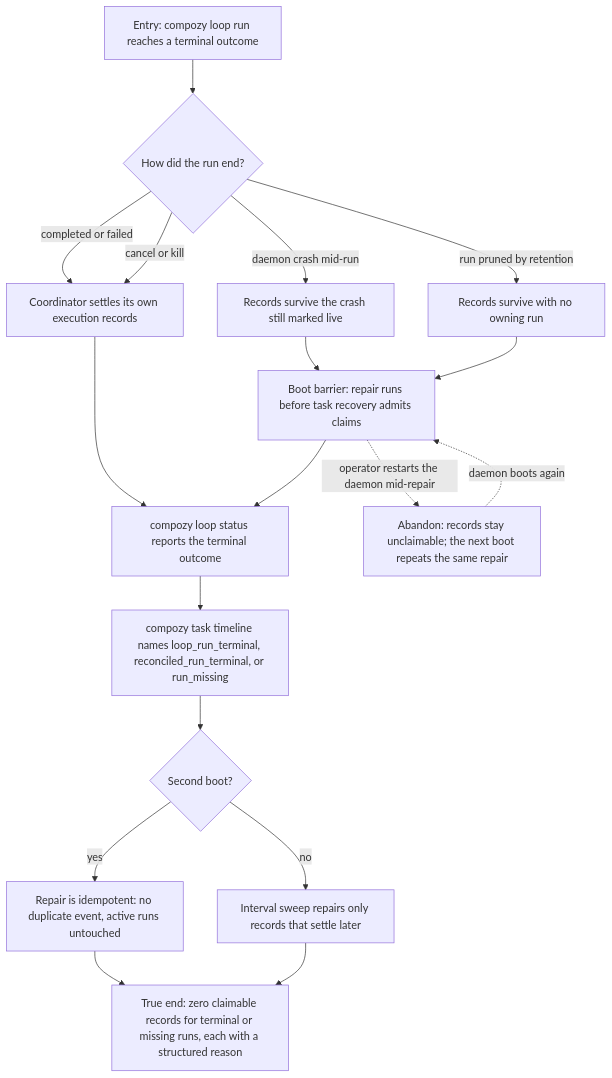
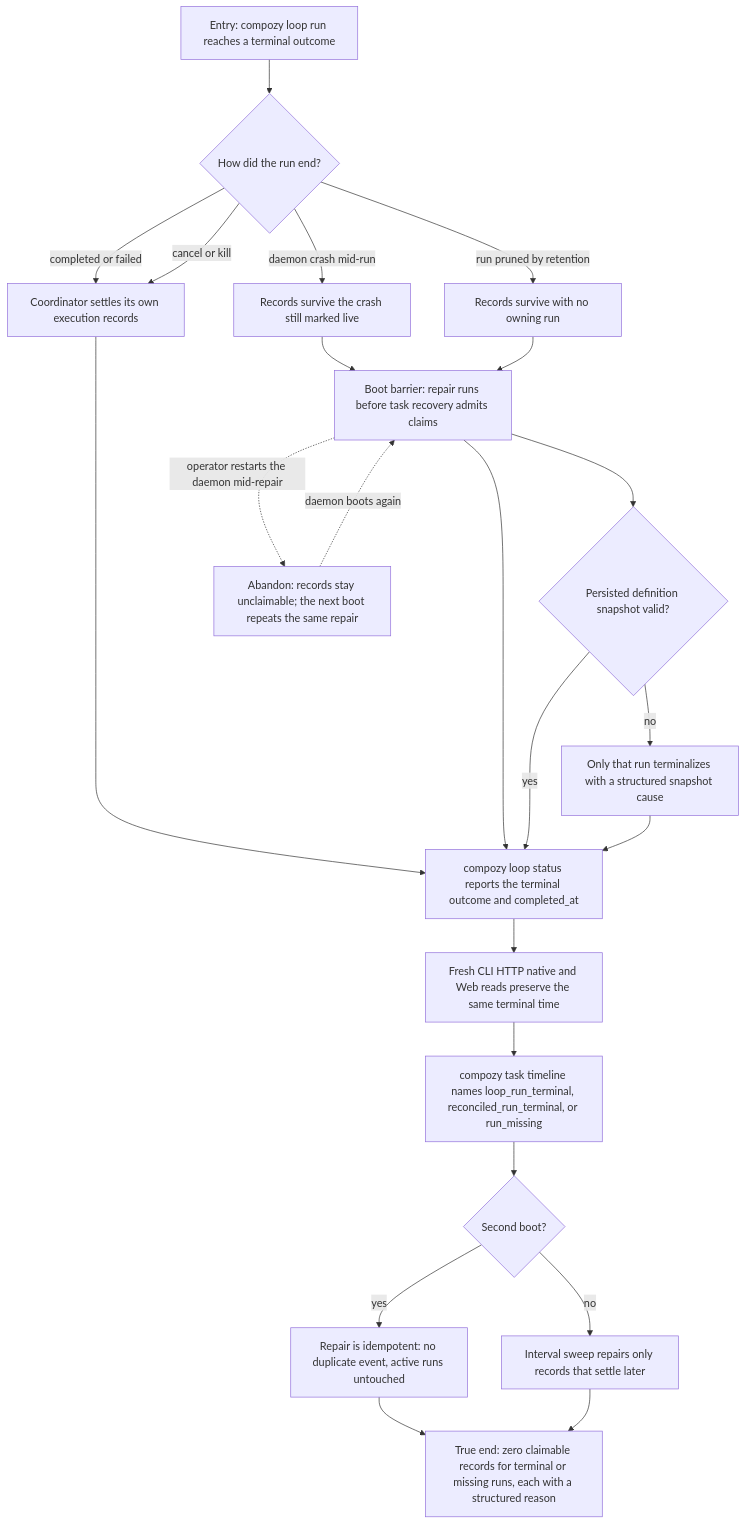
One commit to compozy/compozy changed the diagram in docs/qa/journeys/J-loop-terminal-recovery.md. Above: the diagram before and after it, drawn with Mermaid. The commit also changed other lines of this file and 113 other files, not shown here.

````diff
--- a/docs/qa/journeys/J-loop-terminal-recovery.md
+++ b/docs/qa/journeys/J-loop-terminal-recovery.md
@@ -8,20 +8,25 @@
 ```mermaid
 flowchart TD
     A[Entry: compozy loop run reaches a terminal outcome] --> B{How did the run end?}
     B -->|completed or failed| C[Coordinator settles its own execution records]
     B -->|cancel or kill| C
     B -->|daemon crash mid-run| D[Records survive the crash still marked live]
     B -->|run pruned by retention| E[Records survive with no owning run]
     D --> F[Boot barrier: repair runs before task recovery admits claims]
     E --> F
-    C --> G[compozy loop status reports the terminal outcome]
+    C --> G[compozy loop status reports the terminal outcome and completed_at]
     F --> G
-    G --> H[compozy task timeline names loop_run_terminal, reconciled_run_terminal, or run_missing]
+    G --> G2[Fresh CLI HTTP native and Web reads preserve the same terminal time]
+    G2 --> H[compozy task timeline names loop_run_terminal, reconciled_run_terminal, or run_missing]
     H --> I{Second boot?}
     I -->|yes| J[Repair is idempotent: no duplicate event, active runs untouched]
     I -->|no| K[Interval sweep repairs only records that settle later]
     J --> L[True end: zero claimable records for terminal or missing runs, each with a structured reason]
     K --> L
+    F --> M{Persisted definition snapshot valid?}
+    M -->|yes| G
+    M -->|no| N[Only that run terminalizes with a structured snapshot cause]
+    N --> G
     F -.->|operator restarts the daemon mid-repair| X[Abandon: records stay unclaimable; the next boot repeats the same repair]
     X -.->|daemon boots again| F
 ```
````
